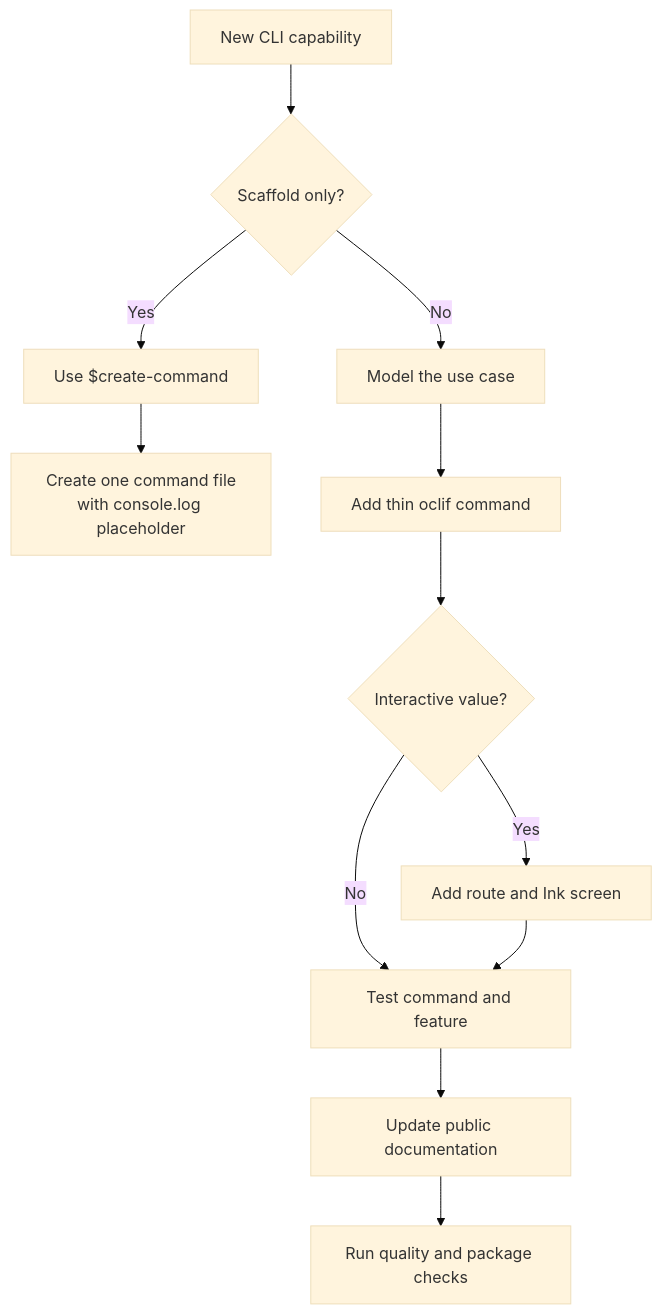
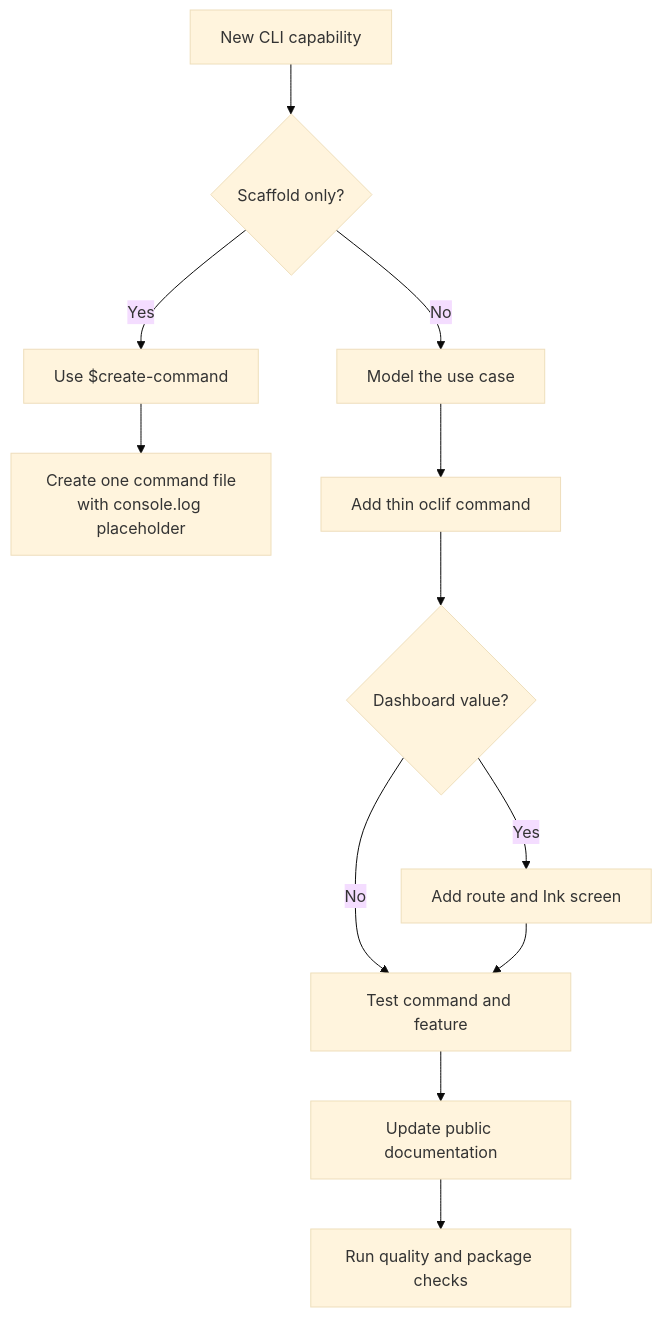
The first of 3 diagrams in docs/adding-a-command.md (felipeseho/cli-template), drawn with Mermaid (base theme) before and after one commit. The commit also changed other lines of this file and 40 other files, not shown here.

````diff
--- a/docs/adding-a-command.md
+++ b/docs/adding-a-command.md
@@ -9,14 +9,14 @@
 ```mermaid
 flowchart TD
   request["New CLI capability"] --> scaffold{"Scaffold only?"}
   scaffold -->|Yes| skill["Use $create-command"]
   skill --> placeholder["Create one command file<br/>with console.log placeholder"]
   scaffold -->|No| core["Model the use case"]
   core --> command["Add thin oclif command"]
-  command --> interactive{"Interactive value?"}
-  interactive -->|No| tests["Test command and feature"]
-  interactive -->|Yes| screen["Add route and Ink screen"]
+  command --> dashboard{"Dashboard value?"}
+  dashboard -->|No| tests["Test command and feature"]
+  dashboard -->|Yes| screen["Add route and Ink screen"]
   screen --> tests
   tests --> docs["Update public documentation"]
   docs --> verify["Run quality and package checks"]
 ```
````
